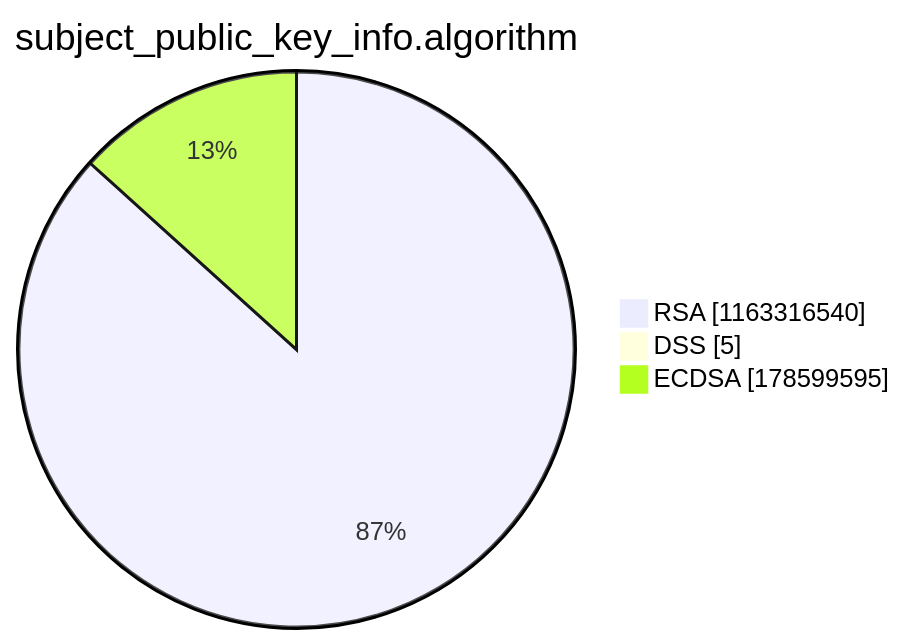
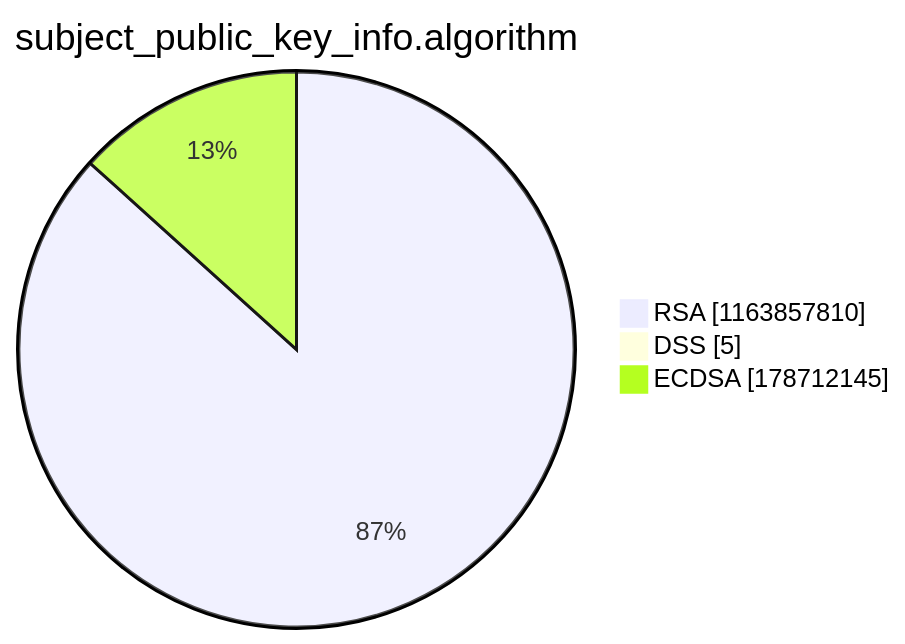
One commit to christiankrug/ctmonitor_visualization changed the third of 15 diagrams in argon2022/README.md. Above: the diagram before and after it, drawn with Mermaid. The commit also changed other lines of this file, not shown here.

````diff
--- a/argon2022/README.md
+++ b/argon2022/README.md
@@ -14,7 +14,7 @@
 ```mermaid
 pie showData
 title subject_public_key_info.algorithm
-"RSA" :1163316540
+"RSA" :1163857810
 "DSS" :5
-"ECDSA" :178599595
+"ECDSA" :178712145
 ```
````
